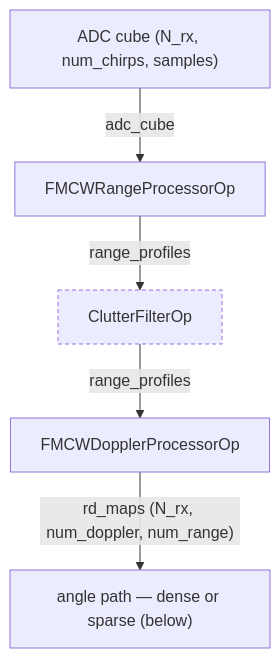
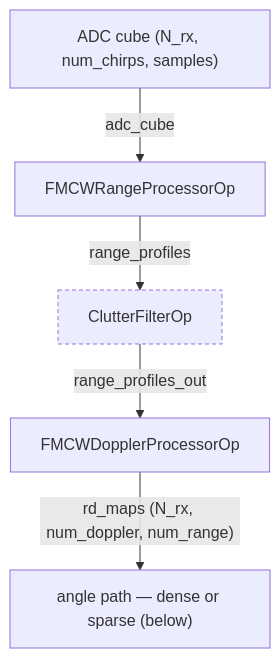
The second of 7 diagrams in docs/planning/WORKFLOWS.md (nvidia-holoscan/holoscan-radar), drawn with Mermaid before and after one commit. The commit also changed other lines of this file and 13 other files, not shown here.

First line of the commit message:
Apps: Wire ClutterFilter output as range_profiles_out

````diff
--- a/docs/planning/WORKFLOWS.md
+++ b/docs/planning/WORKFLOWS.md
@@ -137,9 +137,9 @@
 ```mermaid
 flowchart TD
   classDef opt stroke-dasharray:4 3
   ADC["ADC cube (N_rx, num_chirps, samples)"] -->|"adc_cube"| RANGE["FMCWRangeProcessorOp"]
   RANGE -->|"range_profiles"| CLUT["ClutterFilterOp"]
-  CLUT -->|"range_profiles"| DOPP["FMCWDopplerProcessorOp"]
+  CLUT -->|"range_profiles_out"| DOPP["FMCWDopplerProcessorOp"]
   DOPP -->|"rd_maps (N_rx, num_doppler, num_range)"| ANGLE["angle path — dense or sparse (below)"]
   class CLUT opt
 ```
````
